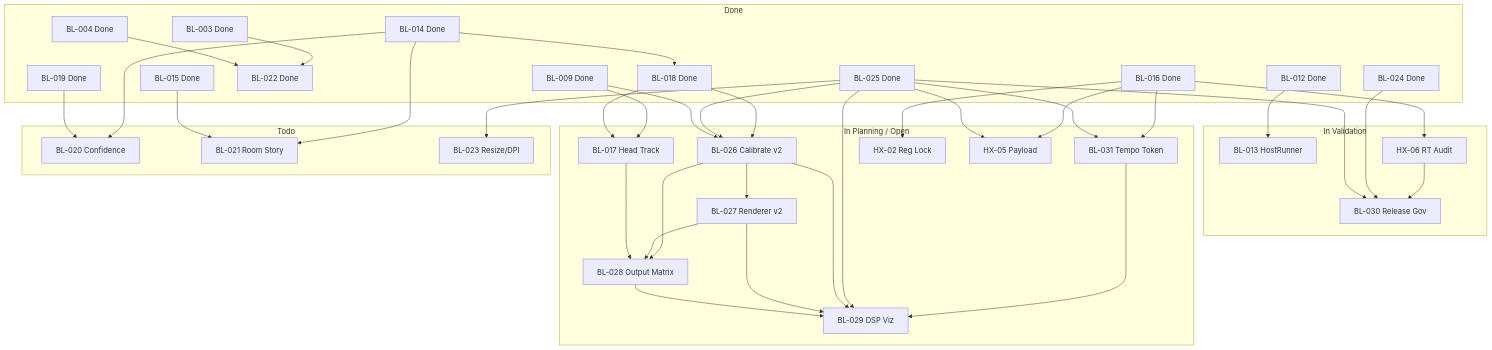
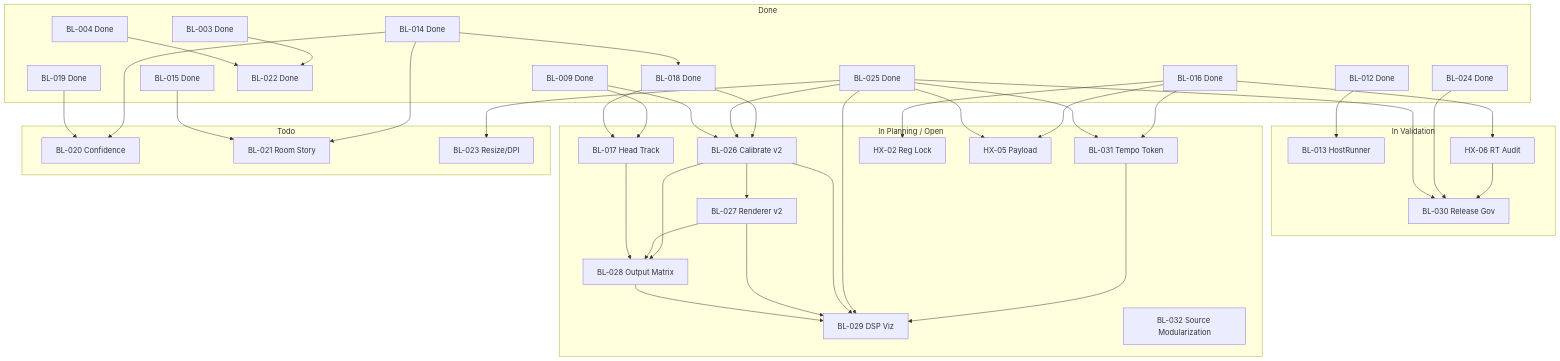
One commit to joshband/LocusQ changed the diagram in Documentation/backlog/index.md. Above: the diagram before and after it, drawn with Mermaid. The commit also changed other lines of this file and 6 other files, not shown here.

````diff
--- a/Documentation/backlog/index.md
+++ b/Documentation/backlog/index.md
@@ -52,73 +53,74 @@
 ```mermaid
 graph TD
     subgraph Done
         BL-003[BL-003 Done]
         BL-004[BL-004 Done]
         BL-009[BL-009 Done]
         BL-012[BL-012 Done]
         BL-014[BL-014 Done]
         BL-018[BL-018 Done]
         BL-022[BL-022 Done]
         BL-015[BL-015 Done]
         BL-016[BL-016 Done]
         BL-019[BL-019 Done]
         BL-024[BL-024 Done]
         BL-025[BL-025 Done]
     end
 
     subgraph "In Validation"
         BL-013[BL-013 HostRunner]
         HX-06[HX-06 RT Audit]
         BL-030[BL-030 Release Gov]
     end
 
     subgraph "In Planning / Open"
         BL-026[BL-026 Calibrate v2]
         BL-027[BL-027 Renderer v2]
         BL-028[BL-028 Output Matrix]
         BL-029[BL-029 DSP Viz]
         BL-031[BL-031 Tempo Token]
         BL-017[BL-017 Head Track]
         HX-02[HX-02 Reg Lock]
         HX-05[HX-05 Payload]
+        BL-032[BL-032 Source Modularization]
     end
 
     subgraph "Todo"
         BL-020[BL-020 Confidence]
         BL-021[BL-021 Room Story]
         BL-023[BL-023 Resize/DPI]
     end
 
     BL-014 --> BL-018
     BL-018 --> BL-026
     BL-025 --> BL-026
     BL-009 --> BL-026
     BL-026 --> BL-027
     BL-026 --> BL-028
     BL-027 --> BL-028
     BL-017 --> BL-028
     BL-031 --> BL-029
     BL-025 --> BL-029
     BL-026 --> BL-029
     BL-027 --> BL-029
     BL-028 --> BL-029
     BL-016 --> BL-031
     BL-025 --> BL-031
     BL-016 --> HX-02
     BL-016 --> HX-05
     BL-025 --> HX-05
     BL-016 --> HX-06
     HX-06 --> BL-030
     BL-024 --> BL-030
     BL-025 --> BL-030
     BL-009 --> BL-017
     BL-018 --> BL-017
     BL-003 --> BL-022
     BL-004 --> BL-022
     BL-012 --> BL-013
     BL-014 --> BL-020
     BL-019 --> BL-020
     BL-014 --> BL-021
     BL-015 --> BL-021
     BL-025 --> BL-023
 ```
````
